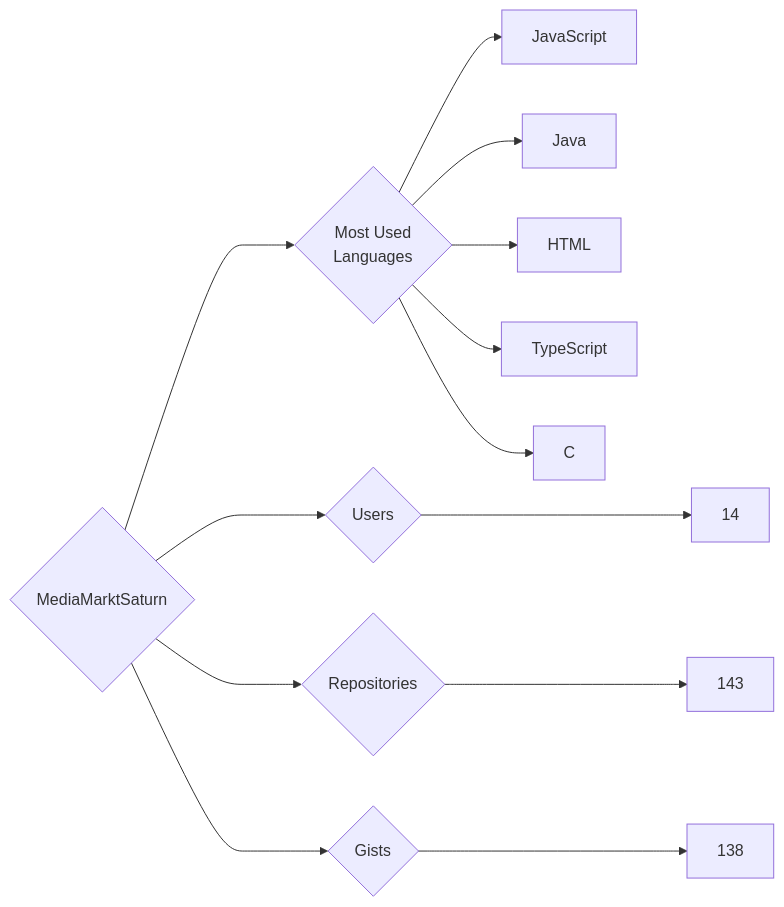
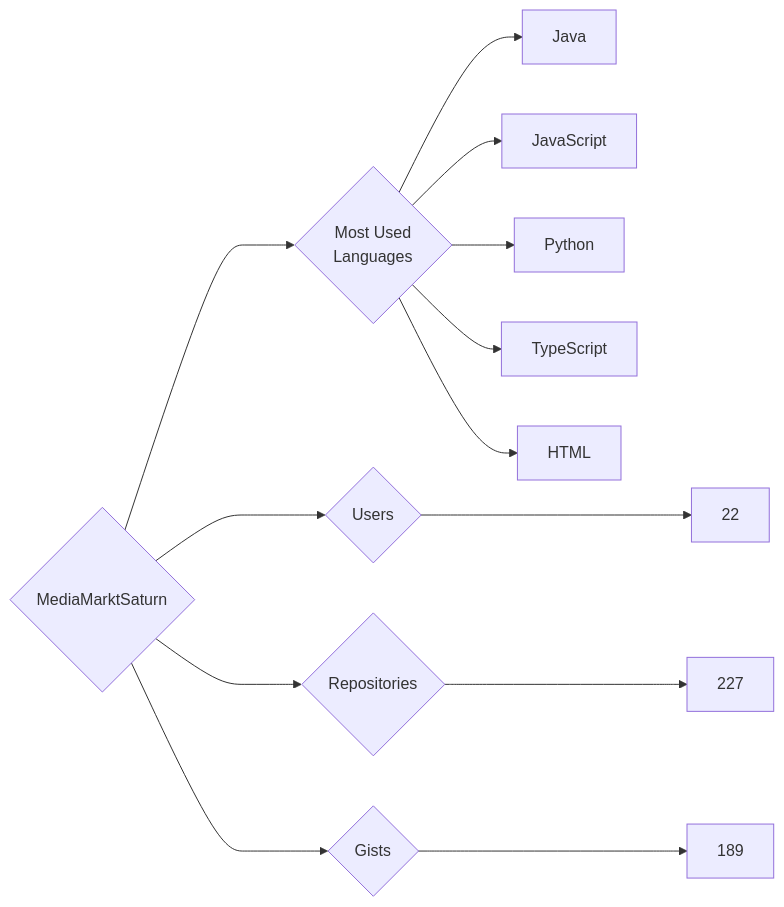
The diagram in targets/MediaMarktSaturn/README.md (trickest/insiders), drawn with Mermaid before and after one commit. The commit also changed 920 other files, not shown here.

````diff
--- a/targets/MediaMarktSaturn/README.md
+++ b/targets/MediaMarktSaturn/README.md
@@ -3,13 +3,13 @@
 ```mermaid
 graph LR
 COMPANY_NAME{MediaMarktSaturn}
-COMPANY_NAME ---> U{Users} ---> UN[14]
-COMPANY_NAME ---> R{Repositories} ---> RN[143]
-COMPANY_NAME ---> G{Gists} ---> GN[138]
+COMPANY_NAME ---> U{Users} ---> UN[22]
+COMPANY_NAME ---> R{Repositories} ---> RN[227]
+COMPANY_NAME ---> G{Gists} ---> GN[189]
 COMPANY_NAME ---> ML{Most Used<br>Languages}
+ML --> Java[Java]
 ML --> JavaScript[JavaScript]
-ML --> Java[Java]
+ML --> Python[Python]
+ML --> TypeScript[TypeScript]
 ML --> HTML[HTML]
-ML --> TypeScript[TypeScript]
-ML --> C[C]
 ```
````
